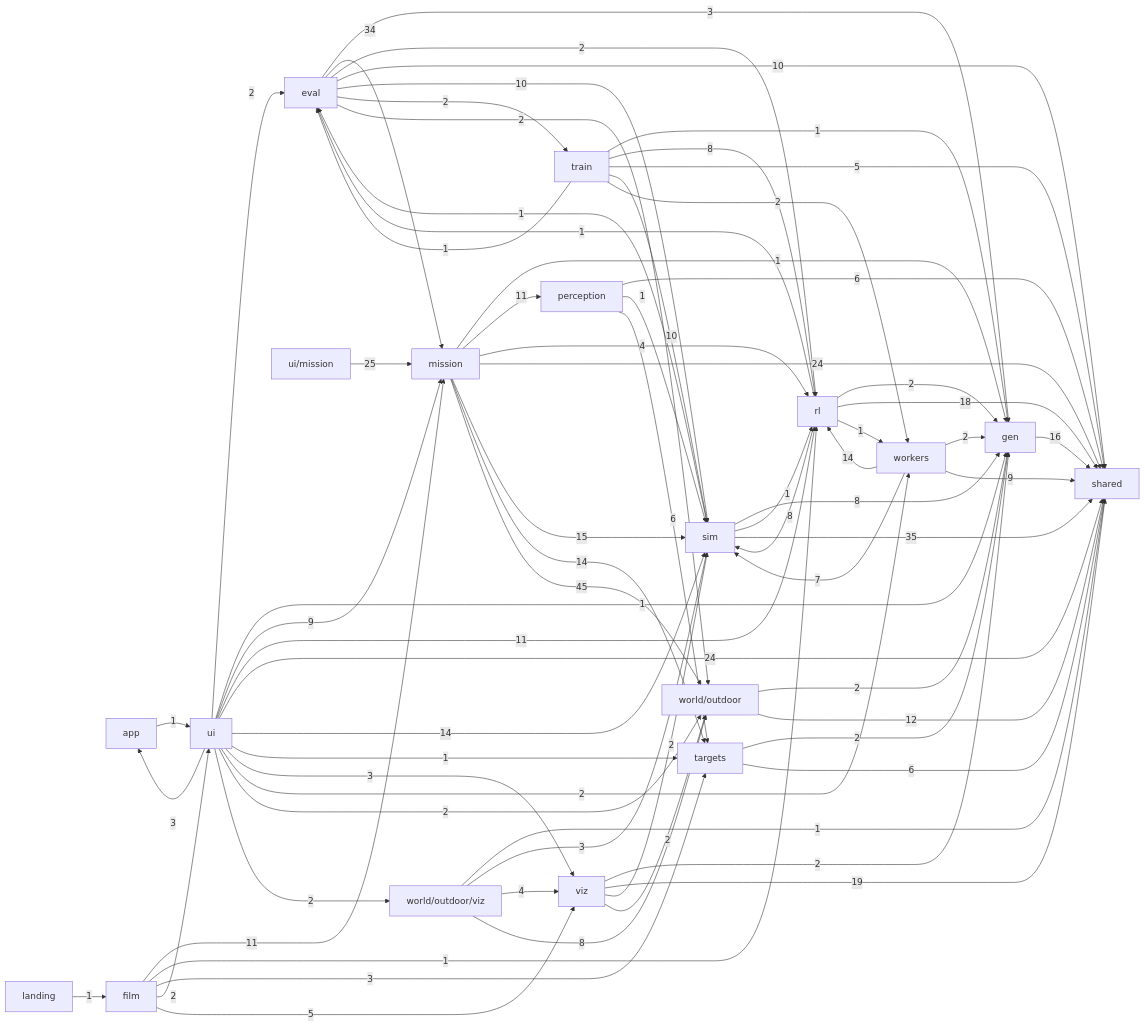
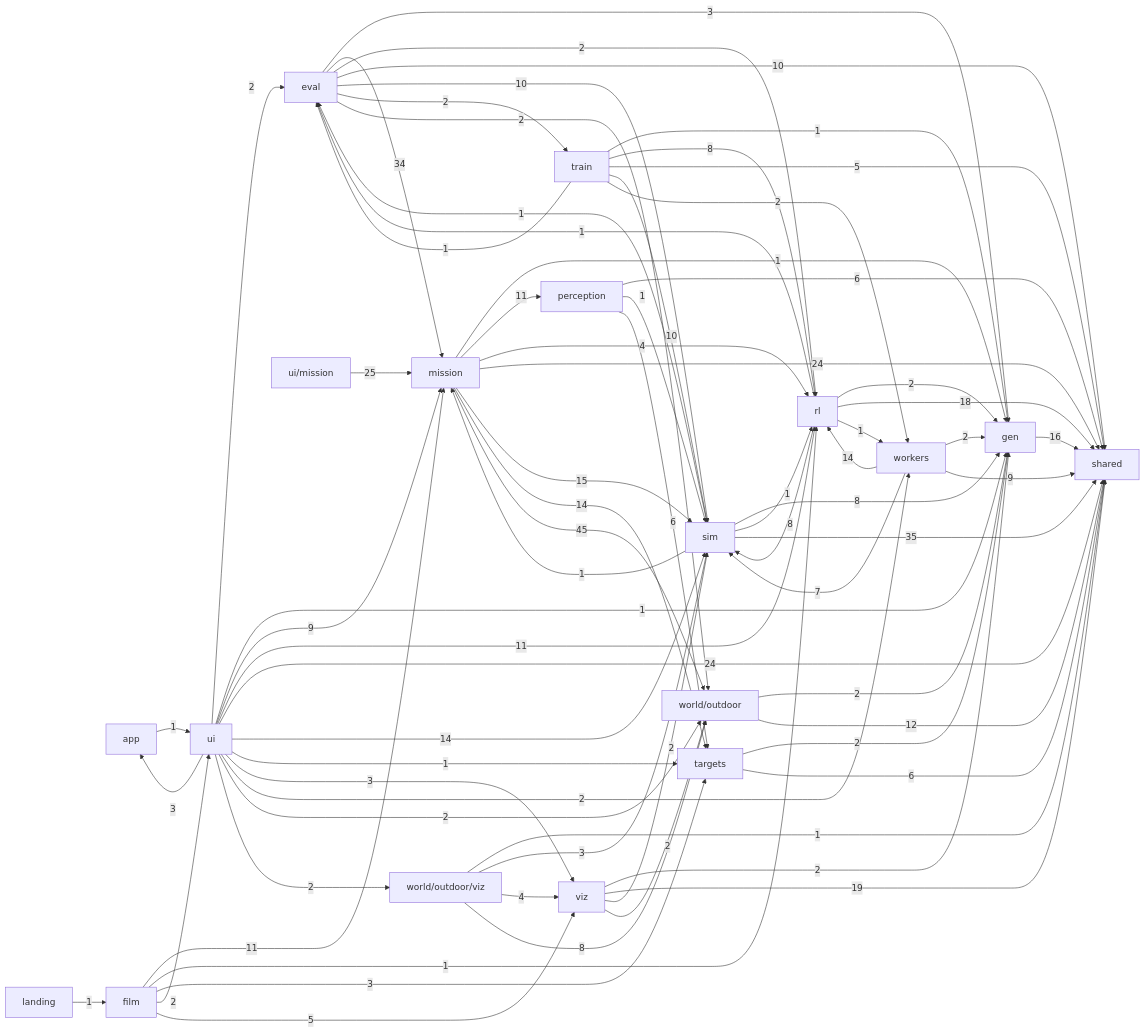
Before and after one commit to alexnieves-cs/frontier-fly: the second of 2 diagrams in docs/ARCHITECTURE.md, drawn with Mermaid. The commit also changed other lines of this file and 19 other files, not shown here.

```diff
--- a/docs/ARCHITECTURE.md
+++ b/docs/ARCHITECTURE.md
@@ -124,6 +124,7 @@
   rl -->|1| workers
   sim -->|1| eval
   sim -->|8| gen
+  sim -->|1| mission
   sim -->|1| rl
   sim -->|35| shared
   targets -->|2| gen
```
